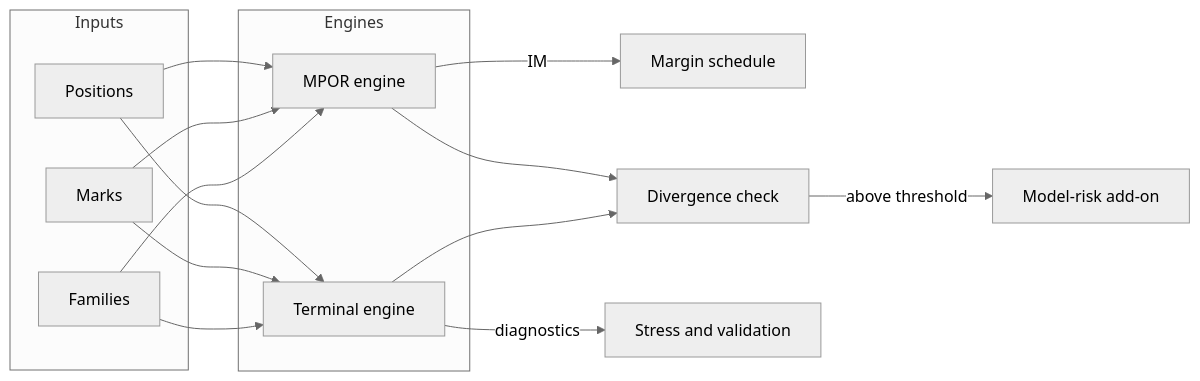
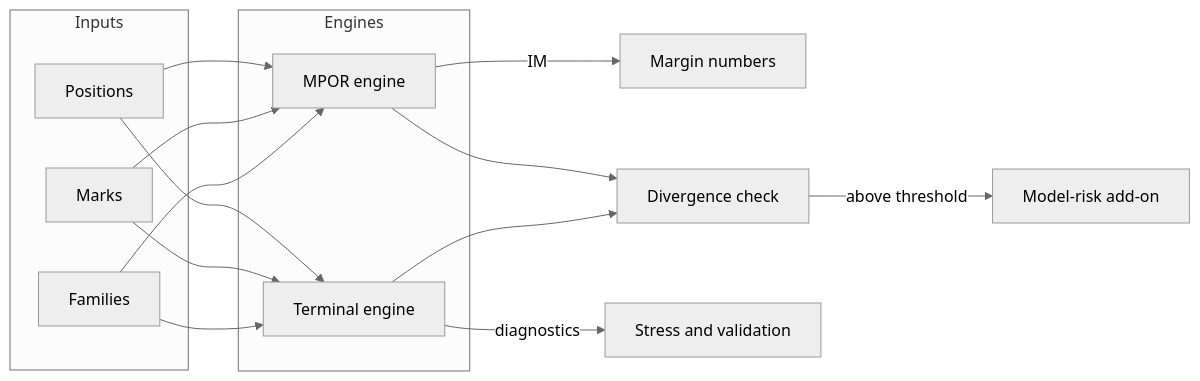
One commit to LevonDerma1221/swans-docs changed the third of 8 diagrams in docs/diagrams.md. Above: the diagram before and after it, drawn with Mermaid (neutral theme). The commit also changed other lines of this file and 9 other files, not shown here.

````diff
--- a/docs/diagrams.md
+++ b/docs/diagrams.md
@@ -62,26 +50,26 @@
 ```mermaid
 flowchart LR
   subgraph Inputs
     POS[Positions]
     MK[Marks]
     FAM[Families]
   end
 
   subgraph Engines
     MPOR[MPOR engine]
     TERM[Terminal engine]
   end
 
   POS --> MPOR
   POS --> TERM
   MK --> MPOR
   MK --> TERM
   FAM --> MPOR
   FAM --> TERM
 
-  MPOR -->|IM| OUT[Margin schedule]
+  MPOR -->|IM| OUT[Margin numbers]
   MPOR --> DIV
   TERM --> DIV[Divergence check]
   TERM -->|diagnostics| STRESS[Stress and validation]
   DIV -->|above threshold| AMOD[Model-risk add-on]
 ```
````
